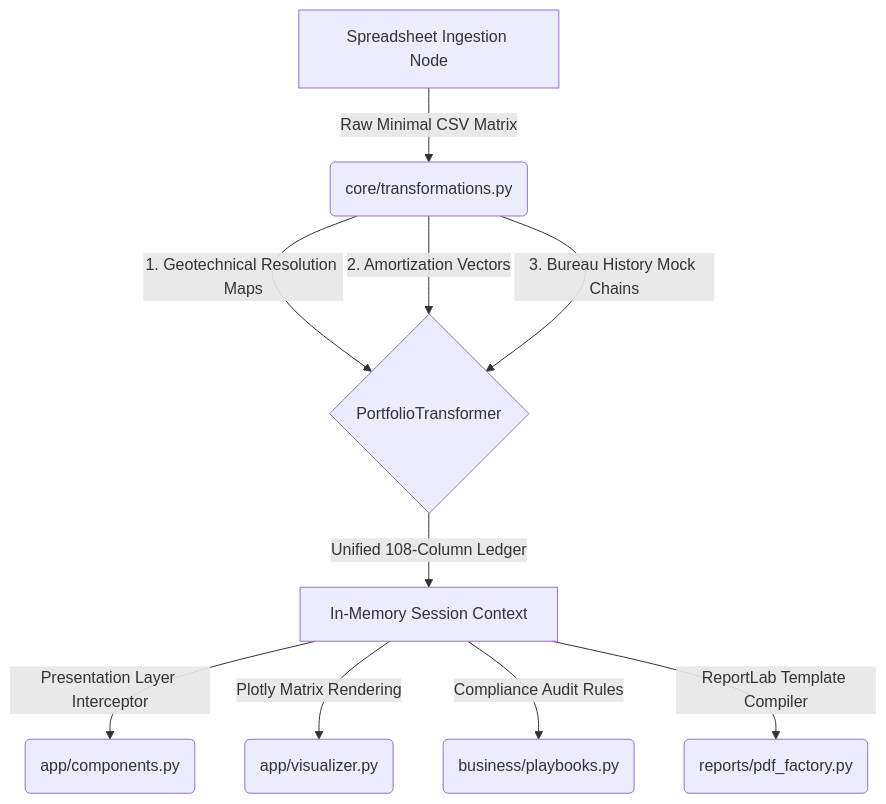
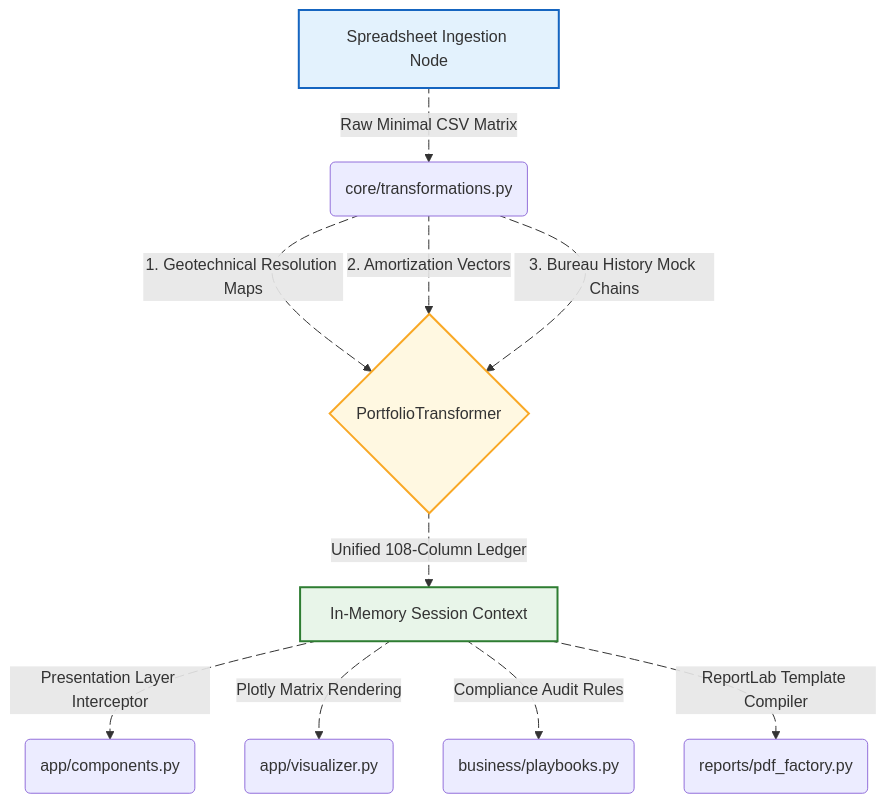
Before and after one commit to SRINIVASTA/retail-ledger-workstation: the first of 2 diagrams in README.md, drawn with Mermaid. The commit also changed other lines of this file, not shown here.

````diff
--- a/README.md
+++ b/README.md
@@ -11,12 +11,29 @@
 ```mermaid
-graph TD
-    A[Spreadsheet Ingestion Node] -->|Raw Minimal CSV Matrix| B(core/transformations.py)
-    B -->|1. Geotechnical Resolution Maps| C{PortfolioTransformer}
-    B -->|2. Amortization Vectors| C
-    B -->|3. Bureau History Mock Chains| C
-    C -->|Unified 108-Column Ledger| D[In-Memory Session Context]
-    D -->|Presentation Layer Interceptor| E(app/components.py)
-    D -->|Plotly Matrix Rendering| F(app/visualizer.py)
-    D -->|Compliance Audit Rules| G(business/playbooks.py)
-    D -->|ReportLab Template Compiler| H(reports/pdf_factory.py)
+flowchart TD
+    %% Architecture Pipeline Nodes
+    A[Spreadsheet Ingestion Node] e1@-->|Raw Minimal CSV Matrix| B(core/transformations.py)
+    B e2@-->|1. Geotechnical Resolution Maps| C{PortfolioTransformer}
+    B e3@-->|2. Amortization Vectors| C
+    B e4@-->|3. Bureau History Mock Chains| C
+    C e5@-->|Unified 108-Column Ledger| D[In-Memory Session Context]
+    D e6@-->|Presentation Layer Interceptor| E(app/components.py)
+    D e7@-->|Plotly Matrix Rendering| F(app/visualizer.py)
+    D e8@-->|Compliance Audit Rules| G(business/playbooks.py)
+    D e9@-->|ReportLab Template Compiler| H(reports/pdf_factory.py)
+
+    %% Running Flow Animation Definitions
+    e1@{ animate: true }
+    e2@{ animate: true }
+    e3@{ animate: true }
+    e4@{ animate: true }
+    e5@{ animate: true }
+    e6@{ animate: true }
+    e7@{ animate: true }
+    e8@{ animate: true }
+    e9@{ animate: true }
+
+    %% Clean Visual Styling
+    style A fill:#e3f2fd,stroke:#1565c0,stroke-width:2px;
+    style C fill:#fff8e1,stroke:#f9a825,stroke-width:2px;
+    style D fill:#e8f5e9,stroke:#2e7d32,stroke-width:2px;
 ```
````
